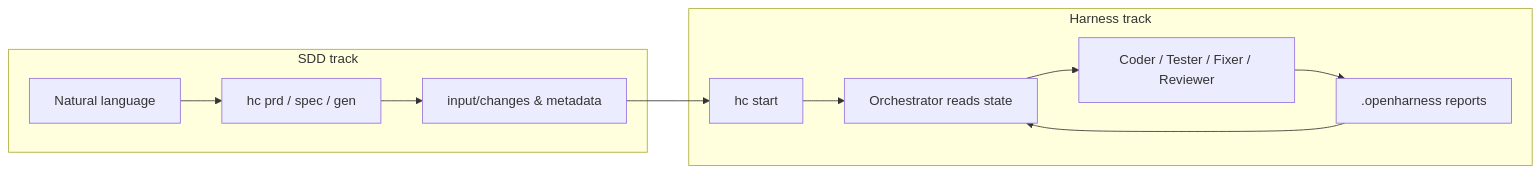
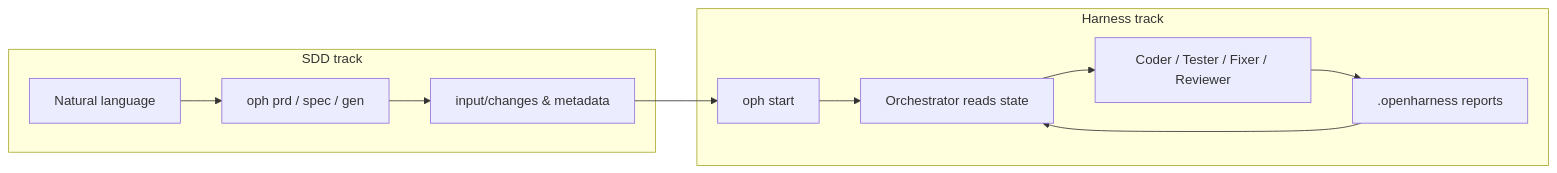
Before and after one commit to hahaxiang27/openHarness: the diagram in README.md, drawn with Mermaid. The commit also changed other lines of this file and 11 other files, not shown here.

````diff
--- a/README.md
+++ b/README.md
@@ -70,14 +70,14 @@
 ```mermaid
 flowchart LR
   subgraph specTrack [SDD track]
-    A[Natural language] --> B[hc prd / spec / gen]
+    A[Natural language] --> B[oph prd / spec / gen]
     B --> C["input/changes & metadata"]
   end
   subgraph runTrack [Harness track]
-    D[hc start] --> E[Orchestrator reads state]
+    D[oph start] --> E[Orchestrator reads state]
     E --> F[Coder / Tester / Fixer / Reviewer]
     F --> G[".openharness reports"]
   end
   C --> D
   G --> E
 ```
````
